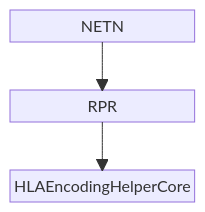
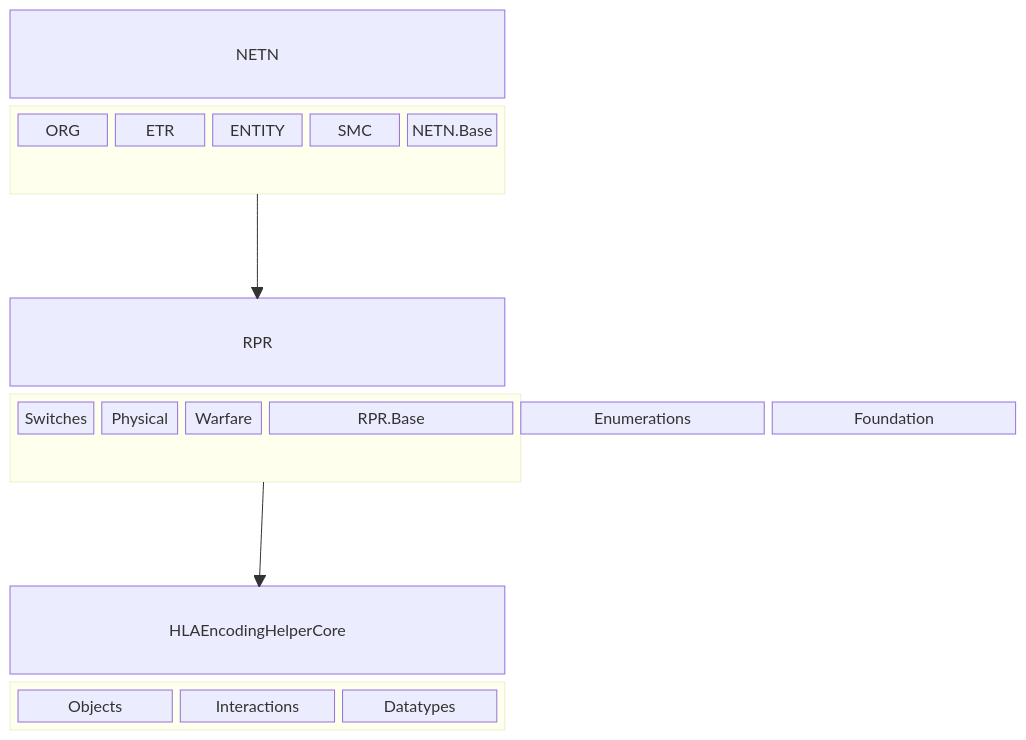
Before and after one commit to IVCTool/OmtEncodingHelper: the diagram in README.md, drawn with Mermaid.

Commit message:
used blocks

````diff
--- a/README.md
+++ b/README.md
@@ -5,12 +5,27 @@
 ```mermaid
 block-beta
-columns 1
-NETN
-space
-RPR
-space
-HLAEncodingHelperCore
+columns 3
 
-NETN --> RPR
-RPR --> HLAEncodingHelperCore
+NETN:3
+block:NetnModules:3
+    ORG ETR ENTITY
+    SMC:3
+    NETN.Base:3 
+end
+space:3
+RPR:3
+block:RPRCore:3
+    Switches Physical Warfare
+    RPR.Base:3 
+    Enumerations:3
+    Foundation:3
+end
+space:3
+HLAEncodingHelperCore:3
+    block:Core:3
+    Objects Interactions Datatypes
+end
+
+NetnModules --> RPR
+RPRCore --> HLAEncodingHelperCore
 ```
````
